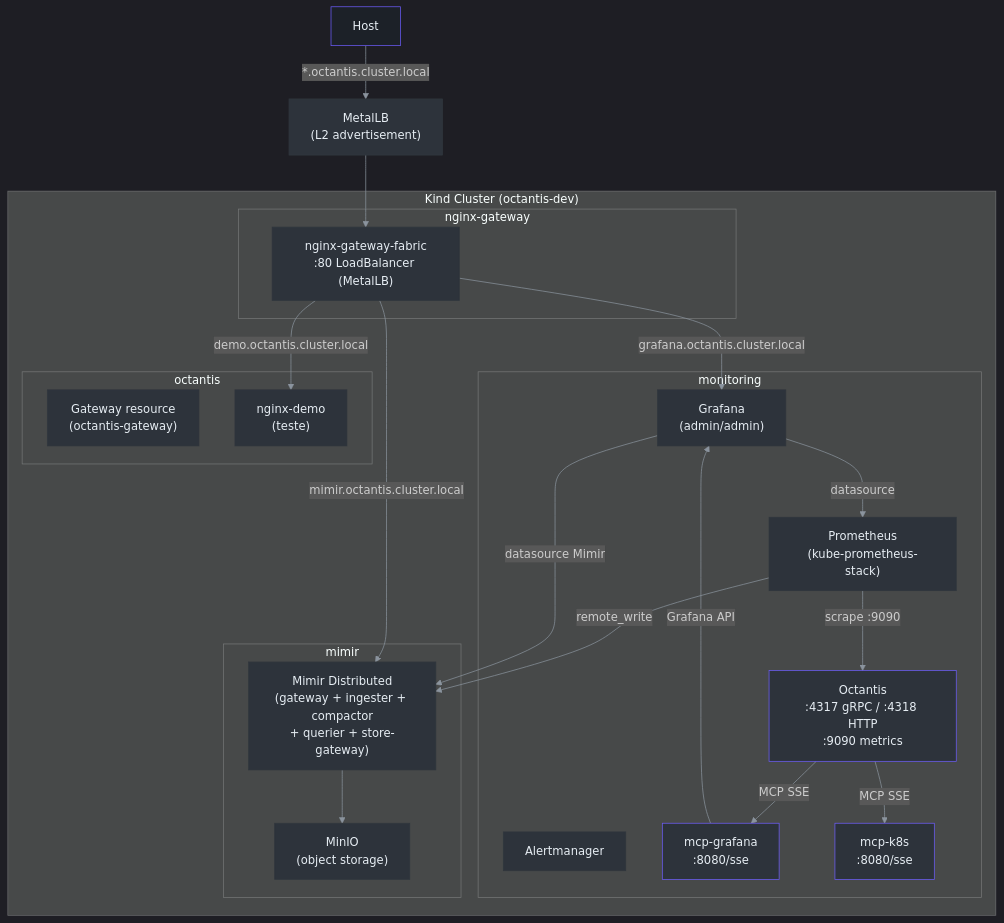
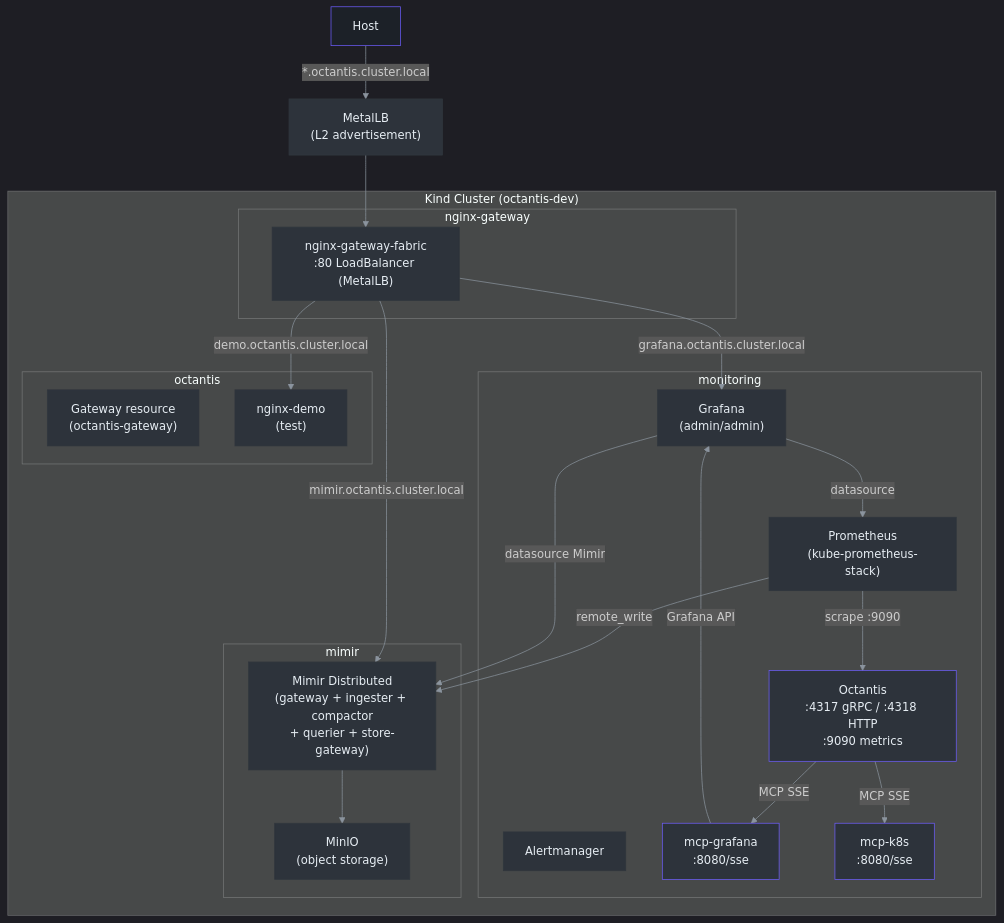
One commit to Vinny1892/octantis changed the diagram in dev/README.md. Above: the diagram before and after it, drawn with Mermaid. The commit also changed other lines of this file and 5 other files, not shown here.

````diff
--- a/dev/README.md
+++ b/dev/README.md
@@ -39,50 +39,50 @@
 ```mermaid
 %%{init: {"theme": "dark", "themeVariables": {"primaryColor": "#2d333b", "primaryBorderColor": "#6d5dfc", "primaryTextColor": "#e6edf3", "lineColor": "#8b949e", "secondaryColor": "#161b22"}}}%%
 flowchart TD
     subgraph kind["Kind Cluster (octantis-dev)"]
         subgraph ngw["nginx-gateway"]
             GW["nginx-gateway-fabric\n:80 LoadBalancer (MetalLB)"]:::infra
         end
 
         subgraph mon["monitoring"]
             PROM["Prometheus\n(kube-prometheus-stack)"]:::infra
             GRAF["Grafana\n(admin/admin)"]:::infra
             AM["Alertmanager"]:::infra
             MCP["mcp-grafana\n:8080/sse"]:::app
             MCPK8S["mcp-k8s\n:8080/sse"]:::app
             OCT["Octantis\n:4317 gRPC / :4318 HTTP\n:9090 metrics"]:::app
         end
 
         subgraph mir["mimir"]
             MIMIR["Mimir Distributed\n(gateway + ingester + compactor\n+ querier + store-gateway)"]:::infra
             MINIO["MinIO\n(object storage)"]:::infra
         end
 
         subgraph oct["octantis"]
             GWRES["Gateway resource\n(octantis-gateway)"]:::infra
-            DEMO["nginx-demo\n(teste)"]:::infra
+            DEMO["nginx-demo\n(test)"]:::infra
         end
     end
 
     HOST["Host"]:::ext
     MLB["MetalLB\n(L2 advertisement)"]:::infra
 
     HOST -->|"*.octantis.cluster.local"| MLB
     MLB --> GW
     GW -->|"grafana.octantis.cluster.local"| GRAF
     GW -->|"mimir.octantis.cluster.local"| MIMIR
     GW -->|"demo.octantis.cluster.local"| DEMO
 
     PROM -->|"remote_write"| MIMIR
     MIMIR --> MINIO
     GRAF -->|"datasource"| PROM
     GRAF -->|"datasource Mimir"| MIMIR
     MCP -->|"Grafana API"| GRAF
     OCT -->|"MCP SSE"| MCP
     OCT -->|"MCP SSE"| MCPK8S
     PROM -->|"scrape :9090"| OCT
 
     classDef ext fill:#1c2128,stroke:#6d5dfc,color:#e6edf3
     classDef infra fill:#2d333b,stroke:#30363d,color:#e6edf3
     classDef app fill:#2d333b,stroke:#6d5dfc,color:#e6edf3
 ```
````
